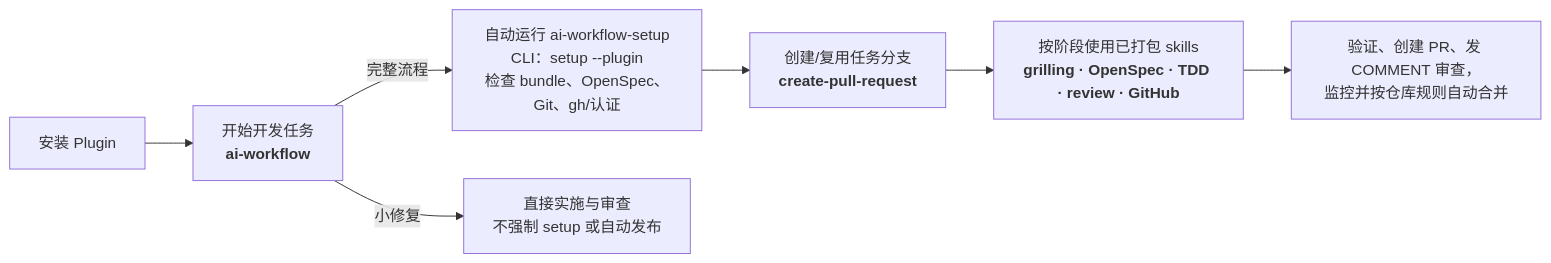
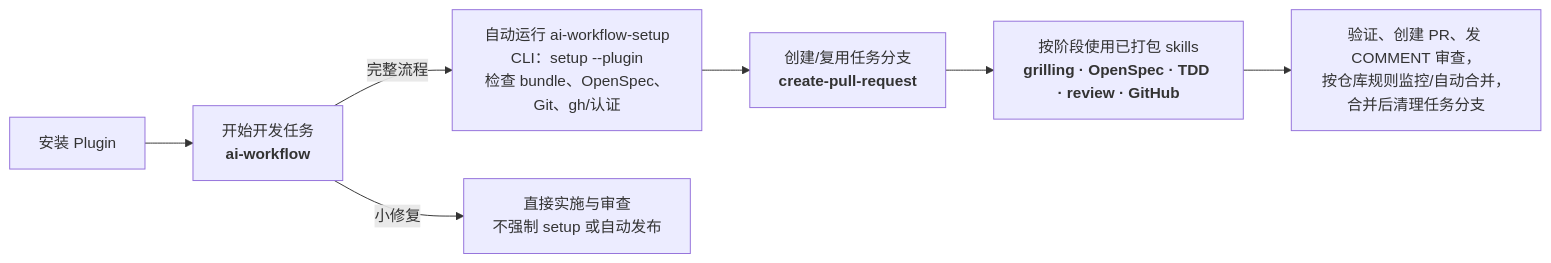
One commit to shuaibilx/AI-workflow-coding changed the second of 2 diagrams in README.zh-CN.md. Above: the diagram before and after it, drawn with Mermaid. The commit also changed other lines of this file and 18 other files, not shown here.

````diff
--- a/README.zh-CN.md
+++ b/README.zh-CN.md
@@ -96,9 +96,9 @@
 ```mermaid
 flowchart LR
     A[安装 Plugin] --> W["开始开发任务<br/><b>ai-workflow</b>"]
     W -->|完整流程| C["自动运行 ai-workflow-setup<br/>CLI：setup --plugin<br/>检查 bundle、OpenSpec、Git、gh/认证"]
     C --> B["创建/复用任务分支<br/><b>create-pull-request</b>"]
     B --> S["按阶段使用已打包 skills<br/><b>grilling · OpenSpec · TDD · review · GitHub</b>"]
-    S --> D["验证、创建 PR、发 COMMENT 审查，<br/>监控并按仓库规则自动合并"]
+    S --> D["验证、创建 PR、发 COMMENT 审查，<br/>按仓库规则监控/自动合并，<br/>合并后清理任务分支"]
     W -->|小修复| F["直接实施与审查<br/>不强制 setup 或自动发布"]
 ```
````
